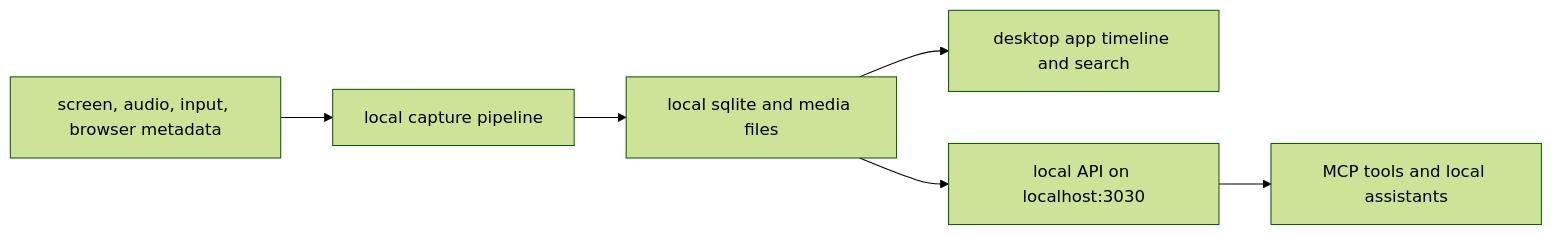
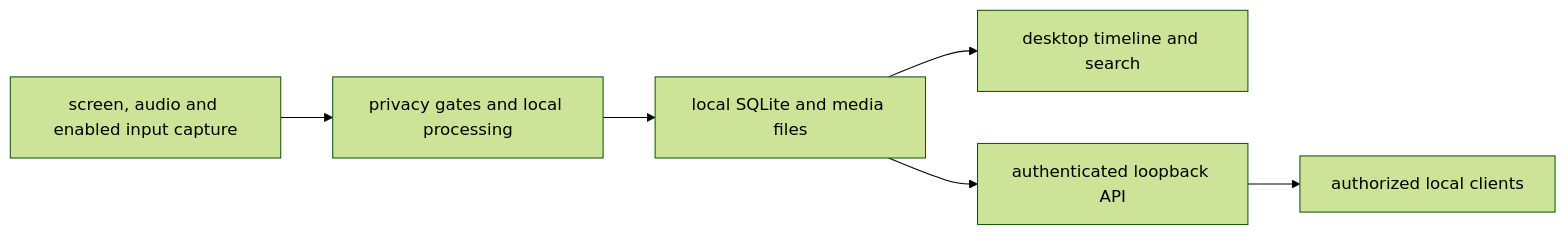
Before and after one commit to digiwise/ScreenWise: the diagram in docs/mintlify/docs-mintlify-mig-tmp/privacy-data-flow.mdx, drawn with Mermaid (forest theme). The commit also changed other lines of this file and 121 other files, not shown here.

````diff
--- a/docs/mintlify/docs-mintlify-mig-tmp/privacy-data-flow.mdx
+++ b/docs/mintlify/docs-mintlify-mig-tmp/privacy-data-flow.mdx
@@ -16,8 +22,8 @@
 ```mermaid
 flowchart LR
-  A["screen, audio, input, browser metadata"] --> B["local capture pipeline"]
-  B --> C["local sqlite and media files"]
-  C --> D["desktop app timeline and search"]
-  C --> E["local API on localhost:3030"]
-  E --> F["MCP tools and local assistants"]
+  A["screen, audio and enabled input capture"] --> B["privacy gates and local processing"]
+  B --> C["local SQLite and media files"]
+  C --> D["desktop timeline and search"]
+  C --> E["authenticated loopback API"]
+  E --> F["authorized local clients"]
 ```
````
